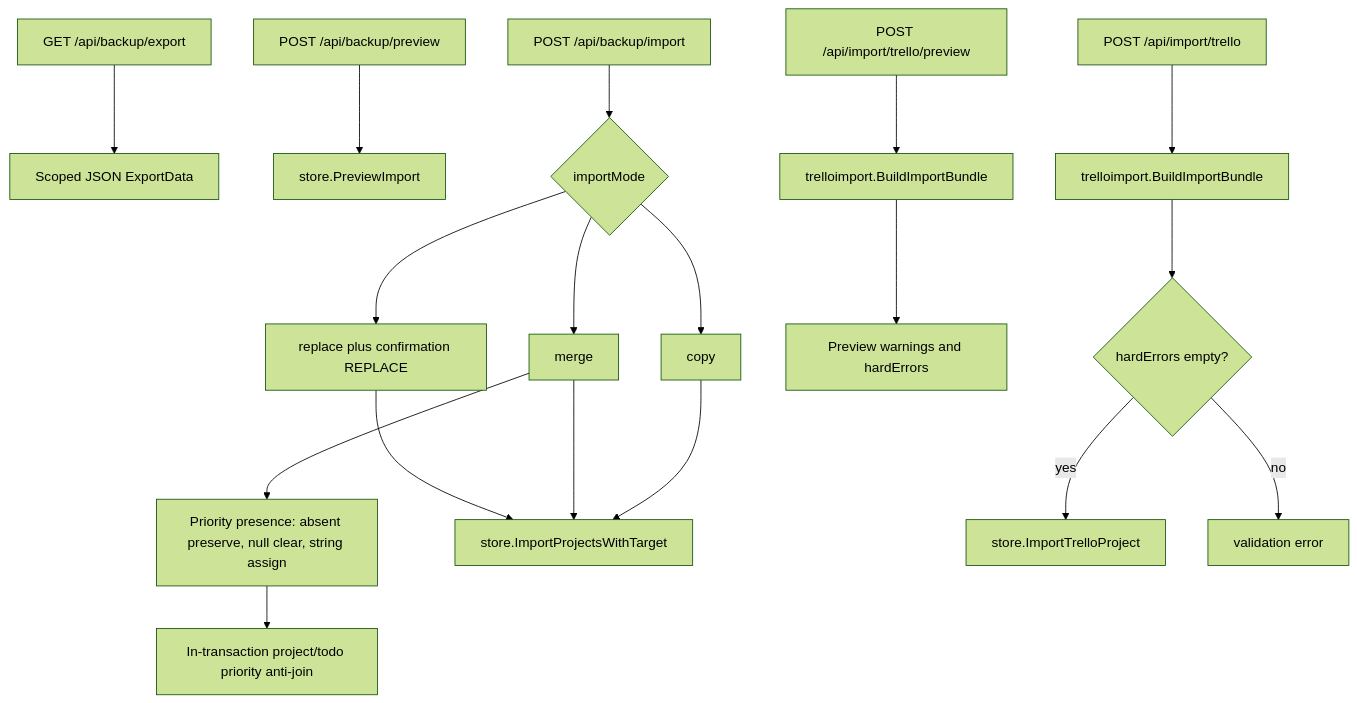
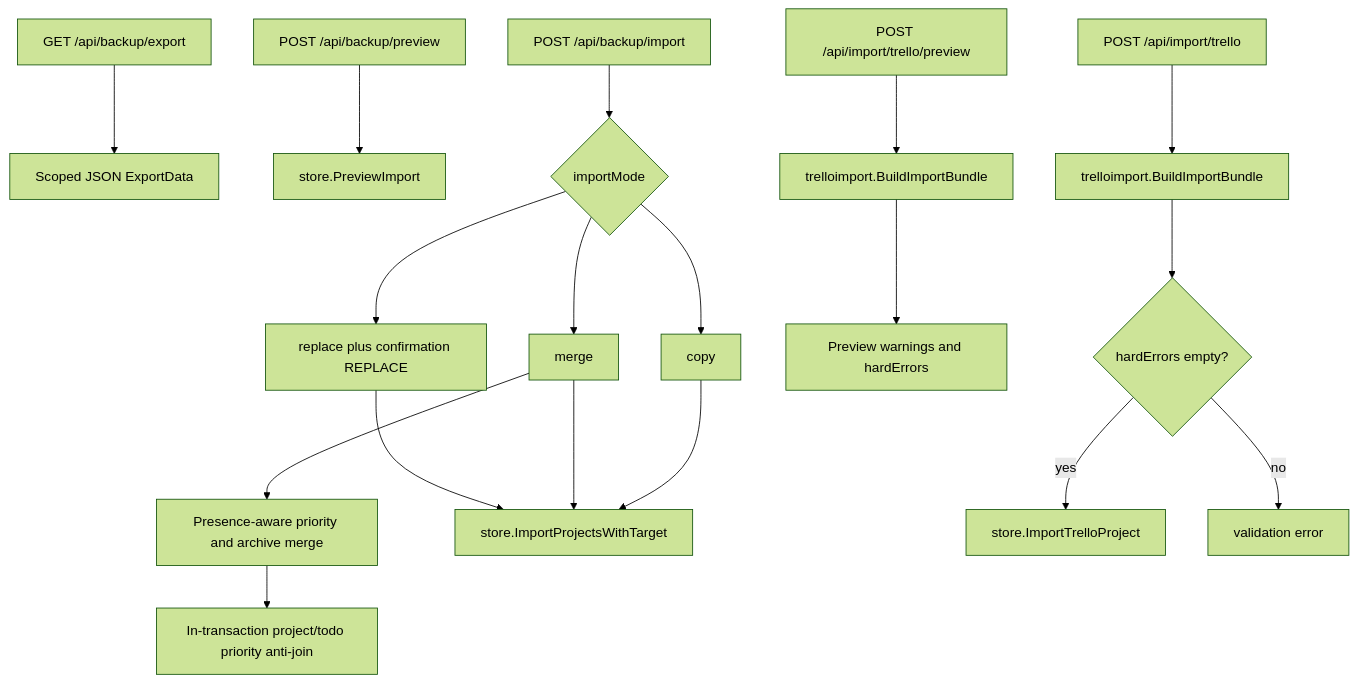
The first of 2 diagrams in docs/diagrams/scrumboy_backup_import.md (markrai/scrumboy), drawn with Mermaid (forest theme) before and after one commit. The commit also changed other lines of this file and 34 other files, not shown here.

````diff
--- a/docs/diagrams/scrumboy_backup_import.md
+++ b/docs/diagrams/scrumboy_backup_import.md
@@ -5,27 +5,27 @@
 ```mermaid
 flowchart TB
   Export["GET /api/backup/export"]
   PreviewN["POST /api/backup/preview"]
   ImportN["POST /api/backup/import"]
   PreviewT["POST /api/import/trello/preview"]
   ImportT["POST /api/import/trello"]
 
   Export --> JSON[Scoped JSON ExportData]
   PreviewN --> PrevStore["store.PreviewImport"]
   ImportN --> Mode{importMode}
   Mode --> Replace[replace plus confirmation REPLACE]
   Mode --> Merge[merge]
   Mode --> Copy[copy]
-  Merge --> Presence["Priority presence: absent preserve, null clear, string assign"]
+  Merge --> Presence["Presence-aware priority and archive merge"]
   Presence --> Invariant["In-transaction project/todo priority anti-join"]
   Replace --> Native["store.ImportProjectsWithTarget"]
   Merge --> Native
   Copy --> Native
 
   PreviewT --> Bundle["trelloimport.BuildImportBundle"]
   Bundle --> TPrev[Preview warnings and hardErrors]
   ImportT --> Bundle2["trelloimport.BuildImportBundle"]
   Bundle2 --> Gate{hardErrors empty?}
   Gate -->|yes| TrelloStore["store.ImportTrelloProject"]
   Gate -->|no| Reject[validation error]
 ```
````
